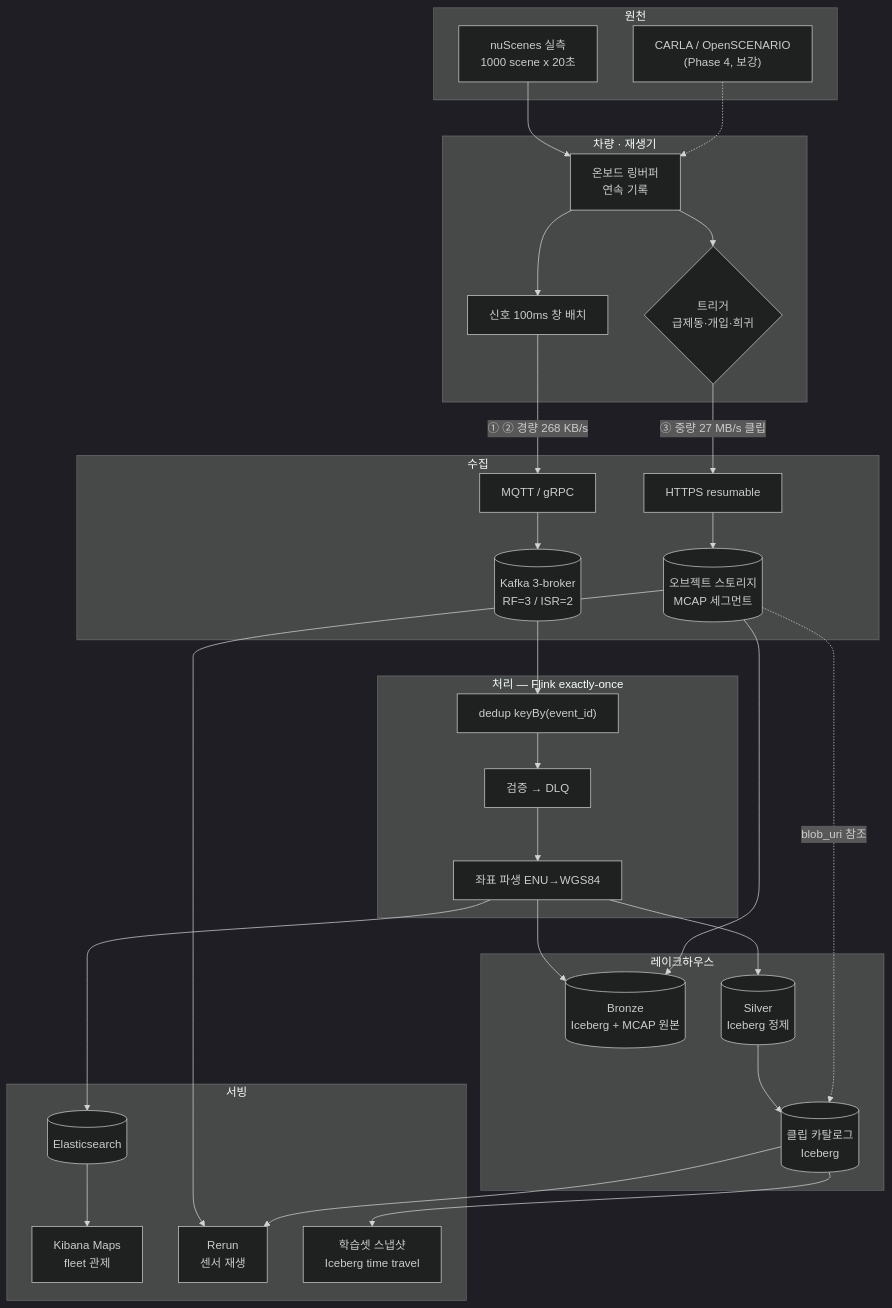
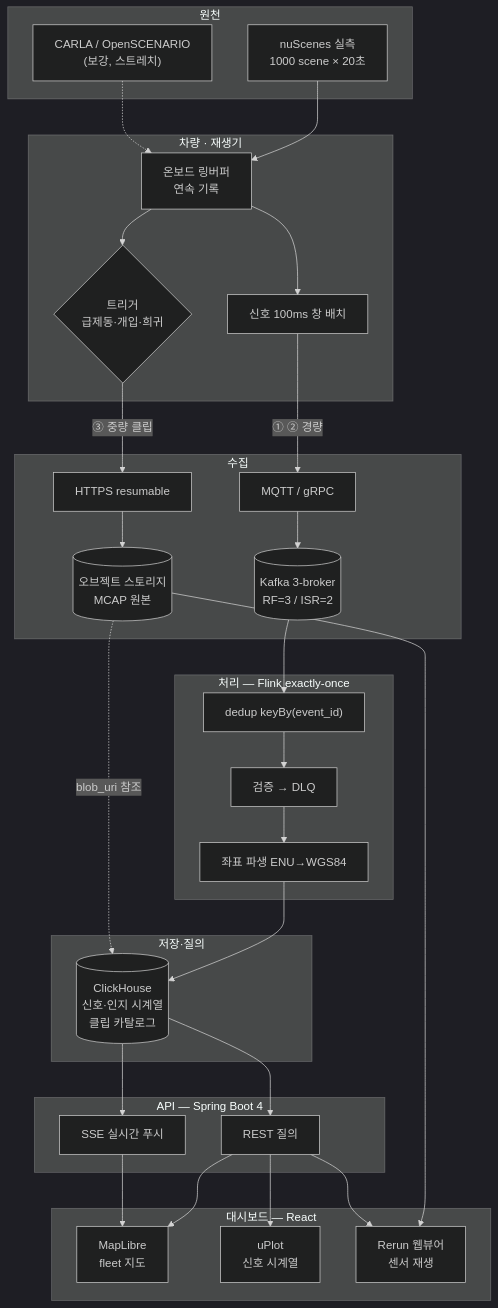
Before and after one commit to lsh1215/FleetSentinel: the diagram in docs/sdd.md, drawn with Mermaid (dark theme). The commit also changed other lines of this file and 7 other files, not shown here.

First line of the commit message:
feat: 기술 스택 재선정 — ClickHouse 채택, Elasticsearch·Kibana 제거

````diff
--- a/docs/sdd.md
+++ b/docs/sdd.md
@@ -56,59 +56,60 @@
 ```mermaid
 flowchart TB
     subgraph SRC["원천"]
-        NS["nuScenes 실측<br/>1000 scene x 20초"]
-        CA["CARLA / OpenSCENARIO<br/>(Phase 4, 보강)"]
+        NS["nuScenes 실측<br/>1000 scene × 20초"]
+        CA["CARLA / OpenSCENARIO<br/>(보강, 스트레치)"]
     end
 
     subgraph EDGE["차량 · 재생기"]
         RB["온보드 링버퍼<br/>연속 기록"]
         TR{"트리거<br/>급제동·개입·희귀"}
         BATCH["신호 100ms 창 배치"]
     end
 
     subgraph INGEST["수집"]
         MQ["MQTT / gRPC"]
         UP["HTTPS resumable"]
         KFK[("Kafka 3-broker<br/>RF=3 / ISR=2")]
-        OBJ[("오브젝트 스토리지<br/>MCAP 세그먼트")]
+        OBJ[("오브젝트 스토리지<br/>MCAP 원본")]
     end
 
     subgraph PROC["처리 — Flink exactly-once"]
         DED["dedup keyBy(event_id)"]
         VAL["검증 → DLQ"]
         ENR["좌표 파생 ENU→WGS84"]
     end
 
-    subgraph STORE["레이크하우스"]
-        BR[("Bronze<br/>Iceberg + MCAP 원본")]
-        SV[("Silver<br/>Iceberg 정제")]
-        CAT[("클립 카탈로그<br/>Iceberg")]
+    subgraph STORE["저장·질의"]
+        CH[("ClickHouse<br/>신호·인지 시계열<br/>클립 카탈로그")]
     end
 
-    subgraph SERVE["서빙"]
-        ES[("Elasticsearch")]
-        KB["Kibana Maps<br/>fleet 관제"]
-        RR["Rerun<br/>센서 재생"]
-        ML["학습셋 스냅샷<br/>Iceberg time travel"]
+    subgraph API["API — Spring Boot 4"]
+        REST["REST 질의"]
+        SSE["SSE 실시간 푸시"]
+    end
+
+    subgraph UI["대시보드 — React"]
+        MAP["MapLibre<br/>fleet 지도"]
+        CHART["uPlot<br/>신호 시계열"]
+        RR["Rerun 웹뷰어<br/>센서 재생"]
     end
 
     NS --> RB
     CA -.-> RB
     RB --> BATCH
     RB --> TR
-    BATCH -->|"① ② 경량 268 KB/s"| MQ
-    TR -->|"③ 중량 27 MB/s 클립"| UP
+    BATCH -->|"① ② 경량"| MQ
+    TR -->|"③ 중량 클립"| UP
     MQ --> KFK
     UP --> OBJ
     KFK --> DED --> VAL --> ENR
-    ENR --> BR
-    ENR --> SV
-    ENR --> ES
-    OBJ --> BR
-    SV --> CAT
-    OBJ -.->|blob_uri 참조| CAT
-    ES --> KB
+    ENR --> CH
+    OBJ -.->|blob_uri 참조| CH
+    CH --> REST
+    CH --> SSE
+    REST --> MAP
+    REST --> CHART
+    SSE --> MAP
     OBJ --> RR
-    CAT --> RR
-    CAT --> ML
+    REST --> RR
 ```
````
